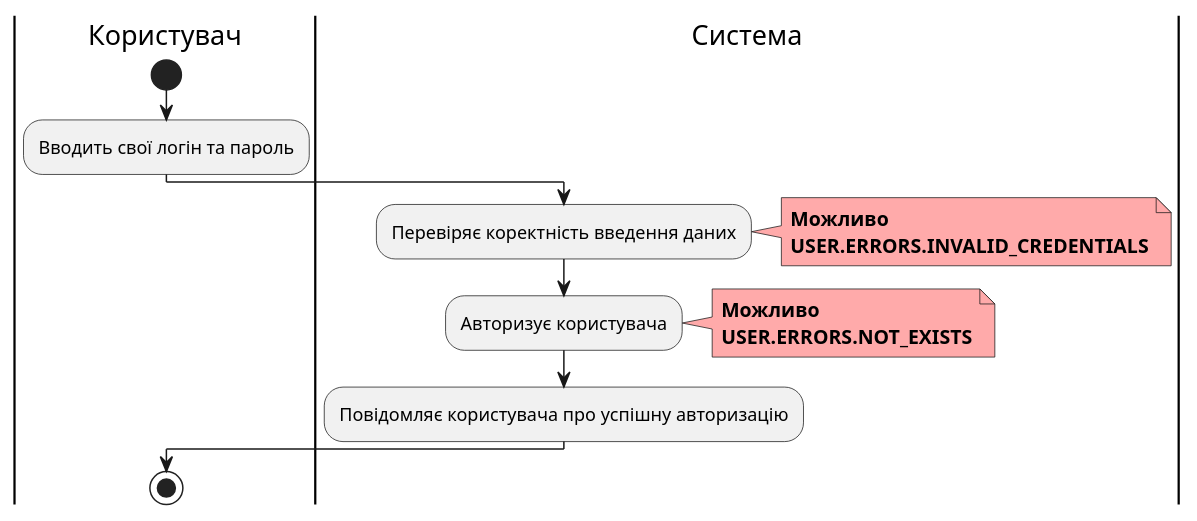
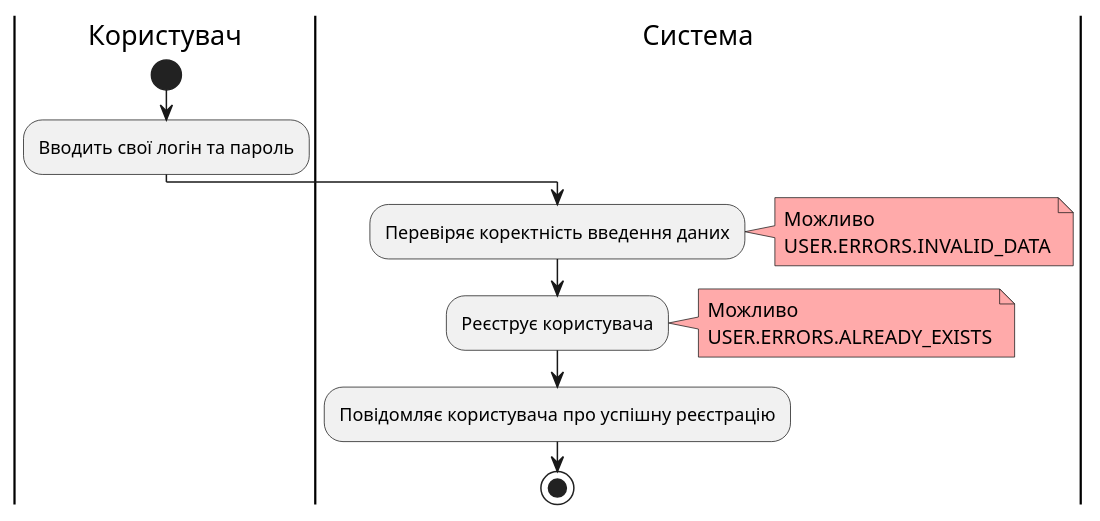
Diagram 13 of 14 in docs/use cases/README.md (yarikkot04/Sup), drawn with PlantUML before and after one commit. The commit also changed other lines of this file, not shown here.

```diff
--- a/docs/use cases/README.md
+++ b/docs/use cases/README.md
@@ -680,24 +663,20 @@
 @startuml
 
     |Користувач|
-        start
-        :Вводить свої логін та пароль;
+     start
+      :Вводить свої логін та пароль;
     |Система|
-        :Перевіряє коректність введення даних;
-        note right #ffaaaa
-        <b>Можливо
-        <b>USER.ERRORS.INVALID_CREDENTIALS
-        end note
+      :Перевіряє коректність введення даних;
+       note right #ffaaaa
+       Можливо
+       USER.ERRORS.INVALID_DATA
+       end note
+      :Реєструє користувача;
+       note right #ffaaaa
+       Можливо
+       USER.ERRORS.ALREADY_EXISTS
+       end note
+      :Повідомляє користувача про успішну реєстрацію;
+       stop;
 
-        :Авторизує користувача;
-        note right #ffaaaa
-        <b>Можливо
-        <b>USER.ERRORS.NOT_EXISTS
-        end note
-
-        :Повідомляє користувача про успішну авторизацію;
-
-    |Користувач|
-        stop;
-        
 @enduml
```
